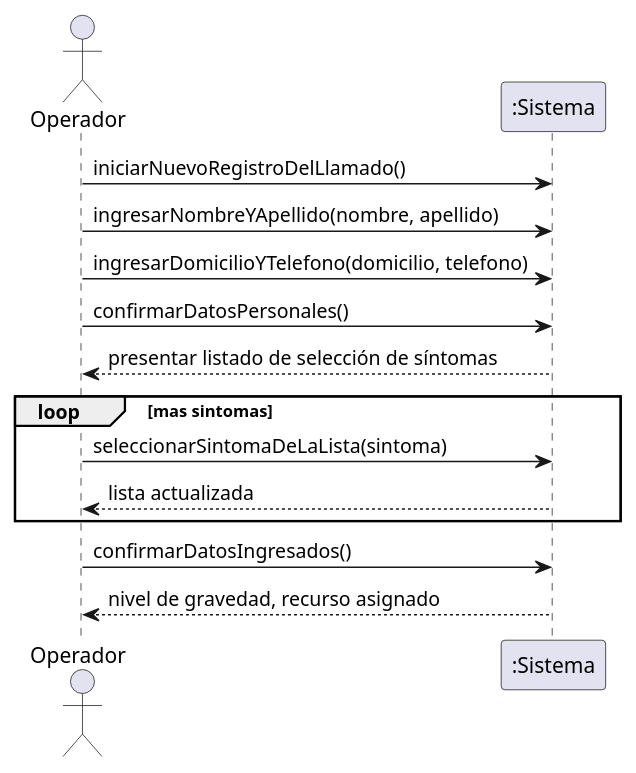
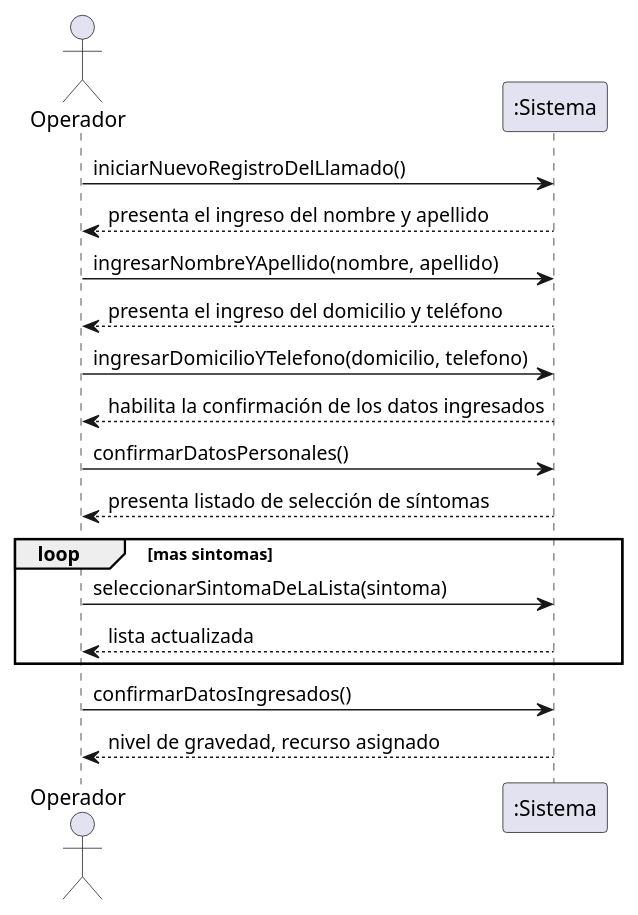
One commit to jgraneros/Centro-de-atencion-de-llamadas changed the diagram in seq_diagram.puml. Above: the diagram before and after it, drawn with PlantUML. The commit also changed 1 other file, not shown here.

Commit message:
se detallaron los pasos del caso de uso y del diagrama de secuencia

```diff
--- a/seq_diagram.puml
+++ b/seq_diagram.puml
@@ -1,16 +1,19 @@
 @startuml
 
 actor Operador
 
 Operador -> ":Sistema": iniciarNuevoRegistroDelLlamado()
+":Sistema" --> Operador: presenta el ingreso del nombre y apellido
 Operador -> ":Sistema": ingresarNombreYApellido(nombre, apellido)
+":Sistema" --> Operador: presenta el ingreso del domicilio y teléfono
 Operador -> ":Sistema": ingresarDomicilioYTelefono(domicilio, telefono)
+":Sistema" --> Operador: habilita la confirmación de los datos ingresados
 Operador -> ":Sistema": confirmarDatosPersonales()
-":Sistema" --> Operador: presentar listado de selección de síntomas
+":Sistema" --> Operador: presenta listado de selección de síntomas
 loop mas sintomas
     Operador -> ":Sistema": seleccionarSintomaDeLaLista(sintoma)
-    ":Sistema" --> Operador:lista actualizada
+    ":Sistema" --> Operador: lista actualizada
 end
 Operador -> ":Sistema": confirmarDatosIngresados()
 ":Sistema" --> Operador: nivel de gravedad, recurso asignado
 @enduml
```
